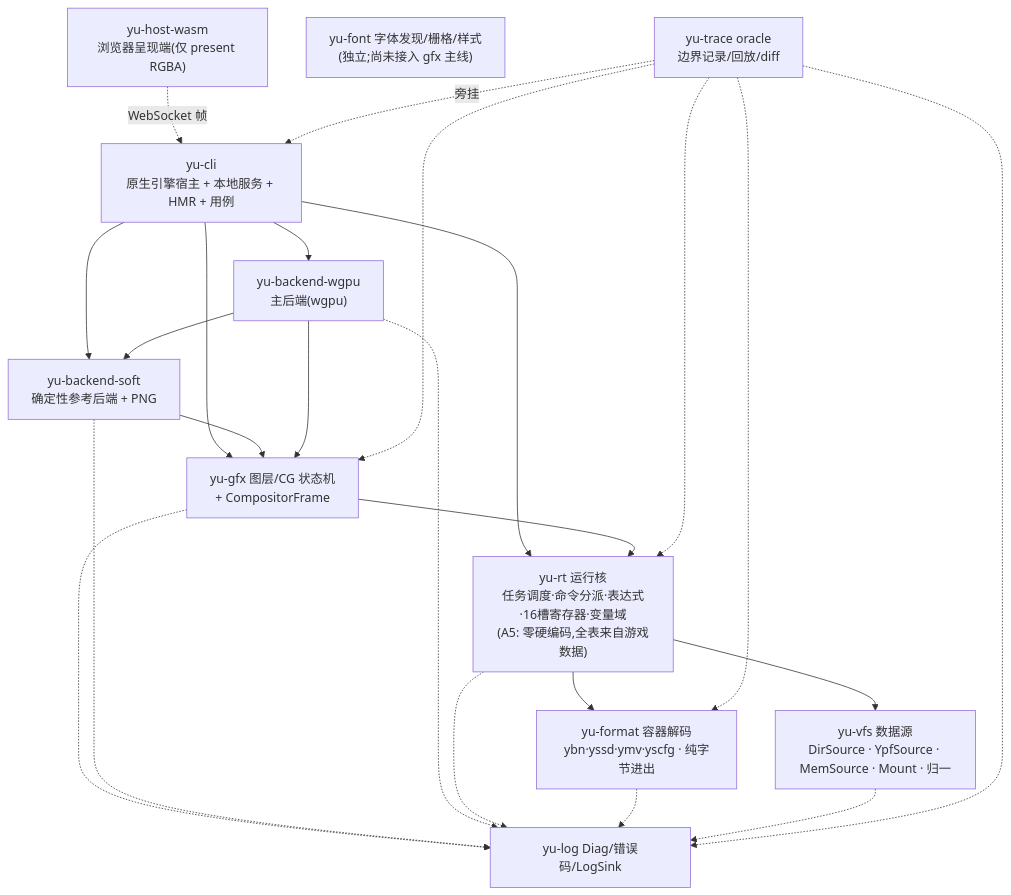
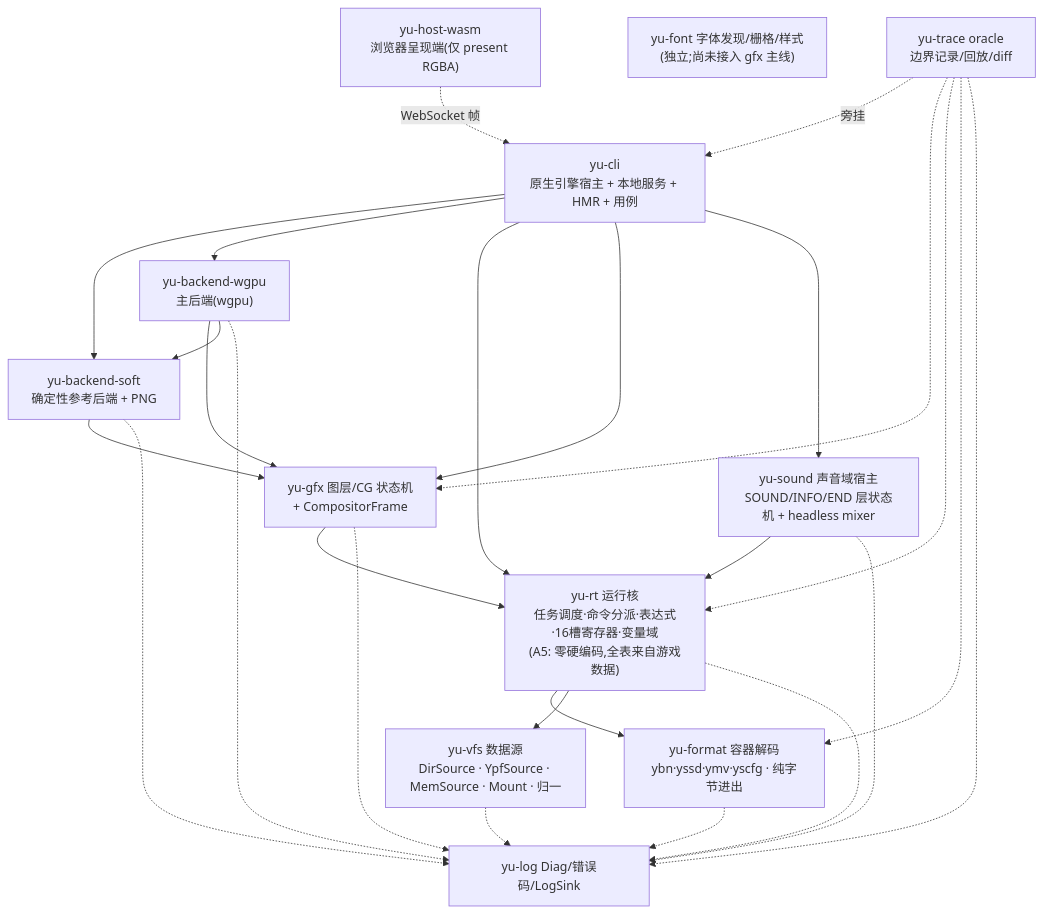
The diagram in docs/architecture.md (NotFaceGUI/yuris-kernel), drawn with Mermaid before and after one commit. The commit also changed other lines of this file and 7 other files, not shown here.

````diff
--- a/docs/architecture.md
+++ b/docs/architecture.md
@@ -58,37 +59,41 @@
 ```mermaid
 flowchart TD
     HOSTWASM["yu-host-wasm<br/>浏览器呈现端(仅 present RGBA)"]
     CLI["yu-cli<br/>原生引擎宿主 + 本地服务 + HMR + 用例"]
     GFX["yu-gfx 图层/CG 状态机<br/>+ CompositorFrame"]
+    SND["yu-sound 声音域宿主<br/>SOUND/INFO/END 层状态机 + headless mixer"]
     SOFT["yu-backend-soft<br/>确定性参考后端 + PNG"]
     WGPU["yu-backend-wgpu<br/>主后端(wgpu)"]
     RT["yu-rt 运行核<br/>任务调度·命令分派·表达式·16槽寄存器·变量域<br/>(A5: 零硬编码,全表来自游戏数据)"]
     FMT["yu-format 容器解码<br/>ybn·yssd·ymv·yscfg · 纯字节进出"]
     VFS["yu-vfs 数据源<br/>DirSource · YpfSource · MemSource · Mount · 归一"]
     FONT["yu-font 字体发现/栅格/样式<br/>(独立;尚未接入 gfx 主线)"]
     TRC["yu-trace oracle<br/>边界记录/回放/diff"]
     LOG["yu-log Diag/错误码/LogSink"]
 
     HOSTWASM -.->|WebSocket 帧| CLI
     CLI --> SOFT
     CLI --> WGPU
     CLI --> RT
     CLI --> GFX
+    CLI --> SND
+    SND --> RT
     SOFT --> GFX
     WGPU --> GFX
     WGPU --> SOFT
     GFX --> RT
     RT --> FMT
     RT --> VFS
     TRC -.->|旁挂| CLI
     TRC -.-> GFX
     TRC -.-> RT
     TRC -.-> FMT
     GFX -.-> LOG
+    SND -.-> LOG
     SOFT -.-> LOG
     WGPU -.-> LOG
     RT -.-> LOG
     FMT -.-> LOG
     VFS -.-> LOG
     TRC -.-> LOG
 ```
````
